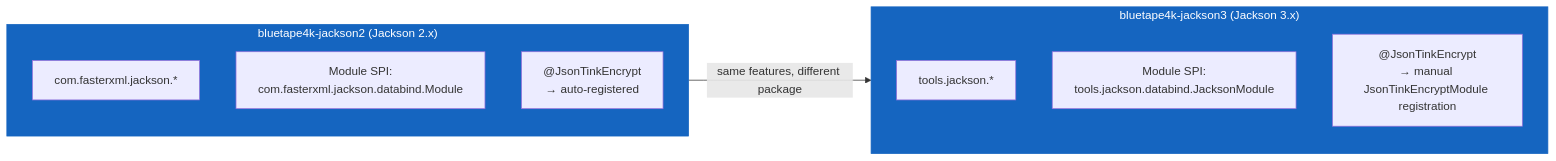
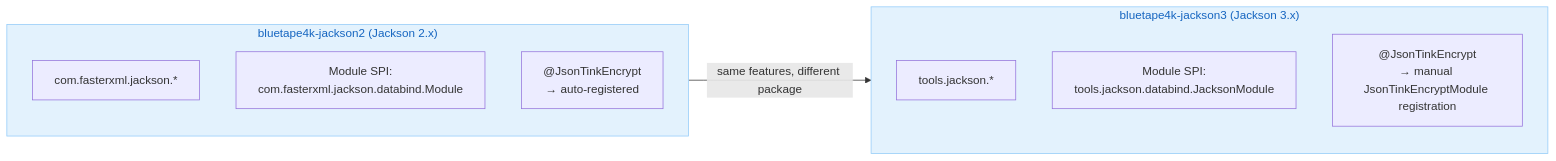
One commit to bluetape4k/bluetape4k-projects changed the first of 3 diagrams in io/jackson3/README.md. Above: the diagram before and after it, drawn with Mermaid. The commit also changed other lines of this file and 219 other files, not shown here.

First line of the commit message:
docs: 전체 README Mermaid 다이어그램 가이드 적용

````diff
--- a/io/jackson3/README.md
+++ b/io/jackson3/README.md
@@ -303,21 +303,21 @@
 ```mermaid
 flowchart LR
     subgraph JK2["bluetape4k-jackson2 (Jackson 2.x)"]
         M2[com.fasterxml.jackson.*]
         MOD2[Module SPI:<br/>com.fasterxml.jackson.databind.Module]
         TK2["@JsonTinkEncrypt<br/>→ auto-registered"]
     end
 
     subgraph JK3["bluetape4k-jackson3 (Jackson 3.x)"]
         M3[tools.jackson.*]
         MOD3[Module SPI:<br/>tools.jackson.databind.JacksonModule]
         TK3["@JsonTinkEncrypt<br/>→ manual JsonTinkEncryptModule registration"]
     end
 
     JK2 -->|same features, different package| JK3
 
-    classDef serviceStyle fill:#1565C0,stroke:#1565C0,color:#FFFFFF
-    classDef extStyle fill:#37474F,stroke:#37474F,color:#FFFFFF
+    classDef serviceStyle fill:#E3F2FD,stroke:#90CAF9,color:#1565C0
+    classDef extStyle fill:#ECEFF1,stroke:#B0BEC5,color:#37474F
     class JK2 serviceStyle
     class JK3 serviceStyle
 ```
````
